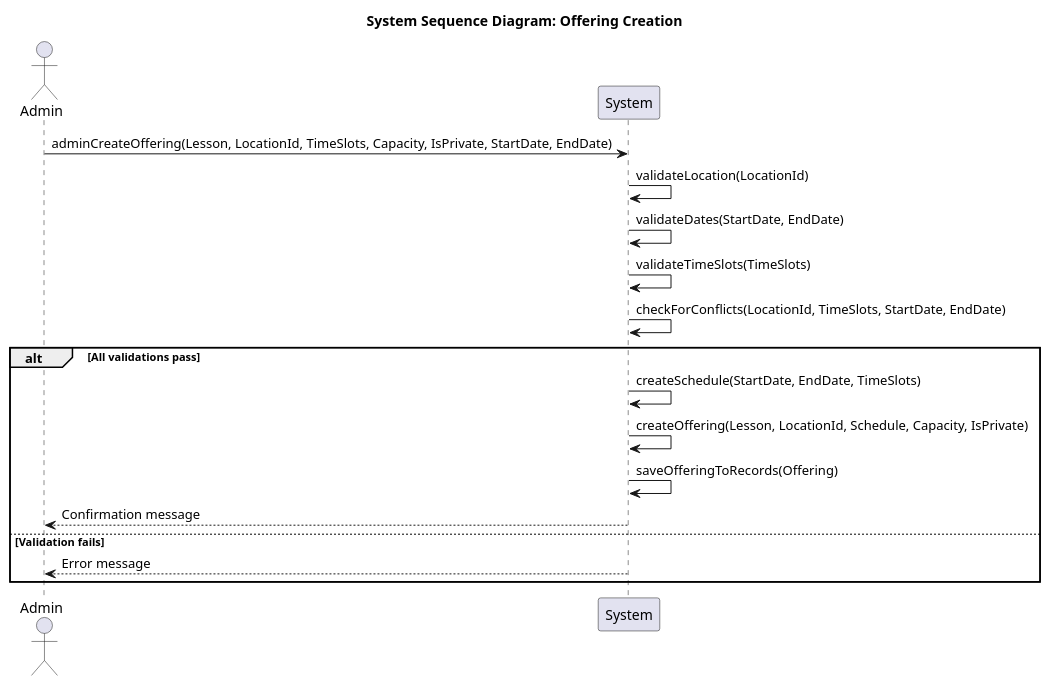
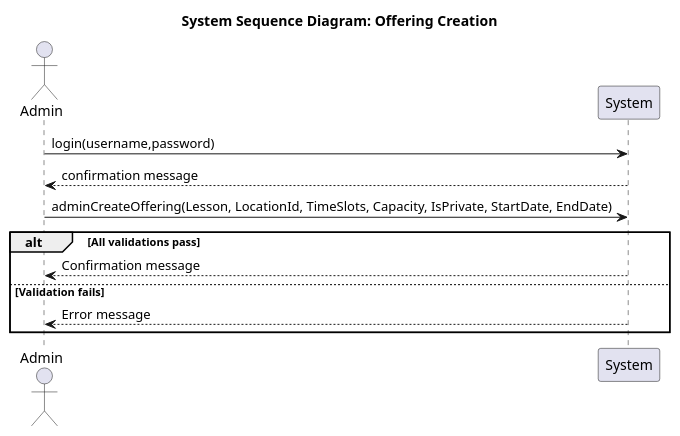
One commit to NathanGrenier/SOEN-342-Project changed the diagram in diagrams/src/critical-use-cases/create-offering/SSD-offering-creation.pu. Above: the diagram before and after it, drawn with PlantUML. The commit also changed 1 other file, not shown here.

Commit message:
1: remove internal system operations

```diff
--- a/diagrams/src/critical-use-cases/create-offering/SSD-offering-creation.pu
+++ b/diagrams/src/critical-use-cases/create-offering/SSD-offering-creation.pu
@@ -1,21 +1,15 @@
 @startuml System Sequence Diagram: Offering Creation
 title System Sequence Diagram: Offering Creation
 
 actor Admin
 participant System
-
+Admin -> System: login(username,password)
+System --> Admin: confirmation message
 Admin -> System: adminCreateOffering(Lesson, LocationId, TimeSlots, Capacity, IsPrivate, StartDate, EndDate)
-System -> System: validateLocation(LocationId)
-System -> System: validateDates(StartDate, EndDate)
-System -> System: validateTimeSlots(TimeSlots)
-System -> System: checkForConflicts(LocationId, TimeSlots, StartDate, EndDate)
 alt All validations pass
-    System -> System: createSchedule(StartDate, EndDate, TimeSlots)
-    System -> System: createOffering(Lesson, LocationId, Schedule, Capacity, IsPrivate)
-    System -> System: saveOfferingToRecords(Offering)
     System --> Admin: Confirmation message
 else Validation fails
     System --> Admin: Error message
 end
 
 @enduml
```
